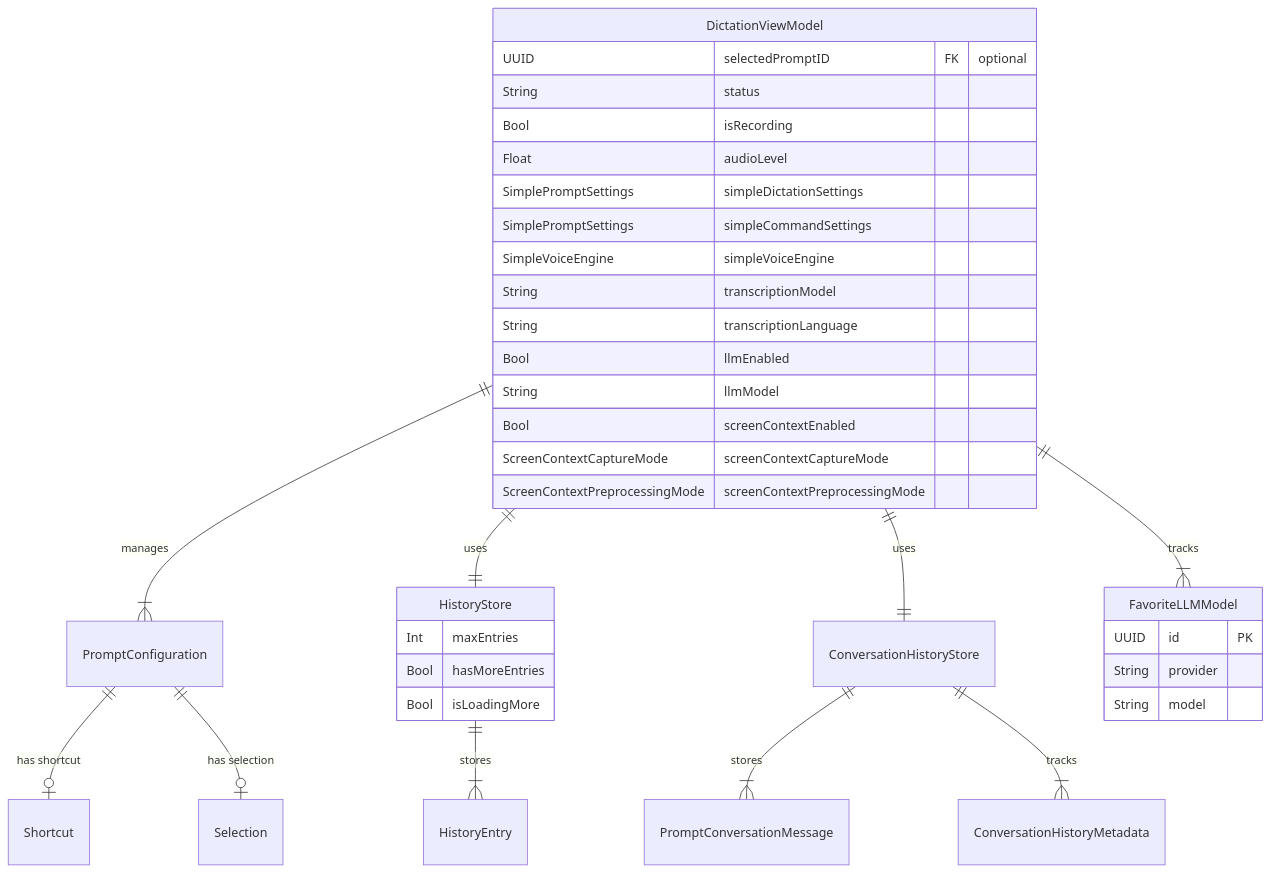
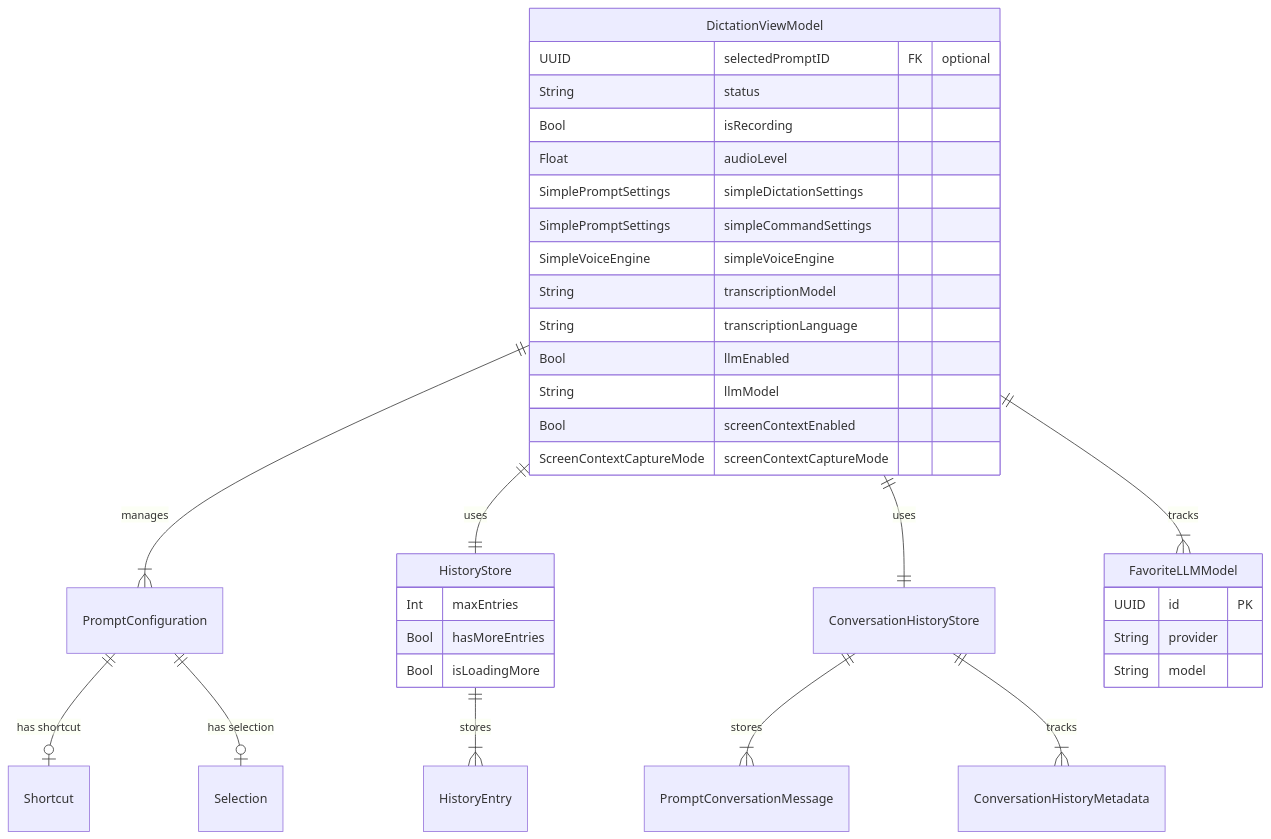
Before and after one commit to dkapo88/WonderWhisper-macOS: the seventh of 10 diagrams in datamodel.md, drawn with Mermaid. The commit also changed other lines of this file and 7 other files, not shown here.

Commit message:
feat: improve screen context OCR preprocessing

````diff
--- a/datamodel.md
+++ b/datamodel.md
@@ -254,44 +254,43 @@
 ```mermaid
 erDiagram
     DictationViewModel ||--|{ PromptConfiguration : "manages"
     DictationViewModel ||--|| HistoryStore : "uses"
     DictationViewModel ||--|| ConversationHistoryStore : "uses"
     DictationViewModel ||--|{ FavoriteLLMModel : "tracks"
     
     HistoryStore ||--|{ HistoryEntry : "stores"
     
     ConversationHistoryStore ||--|{ PromptConversationMessage : "stores"
     ConversationHistoryStore ||--|{ ConversationHistoryMetadata : "tracks"
     
     PromptConfiguration ||--o| Shortcut : "has shortcut"
     PromptConfiguration ||--o| Selection : "has selection"
     
     DictationViewModel {
         UUID selectedPromptID FK "optional"
         String status
         Bool isRecording
         Float audioLevel
         SimplePromptSettings simpleDictationSettings
         SimplePromptSettings simpleCommandSettings
         SimpleVoiceEngine simpleVoiceEngine
         String transcriptionModel
         String transcriptionLanguage
         Bool llmEnabled
         String llmModel
         Bool screenContextEnabled
         ScreenContextCaptureMode screenContextCaptureMode
-        ScreenContextPreprocessingMode screenContextPreprocessingMode
     }
     
     HistoryStore {
         Int maxEntries
         Bool hasMoreEntries
         Bool isLoadingMore
     }
     
     FavoriteLLMModel {
         UUID id PK
         String provider
         String model
     }
 ```
````
